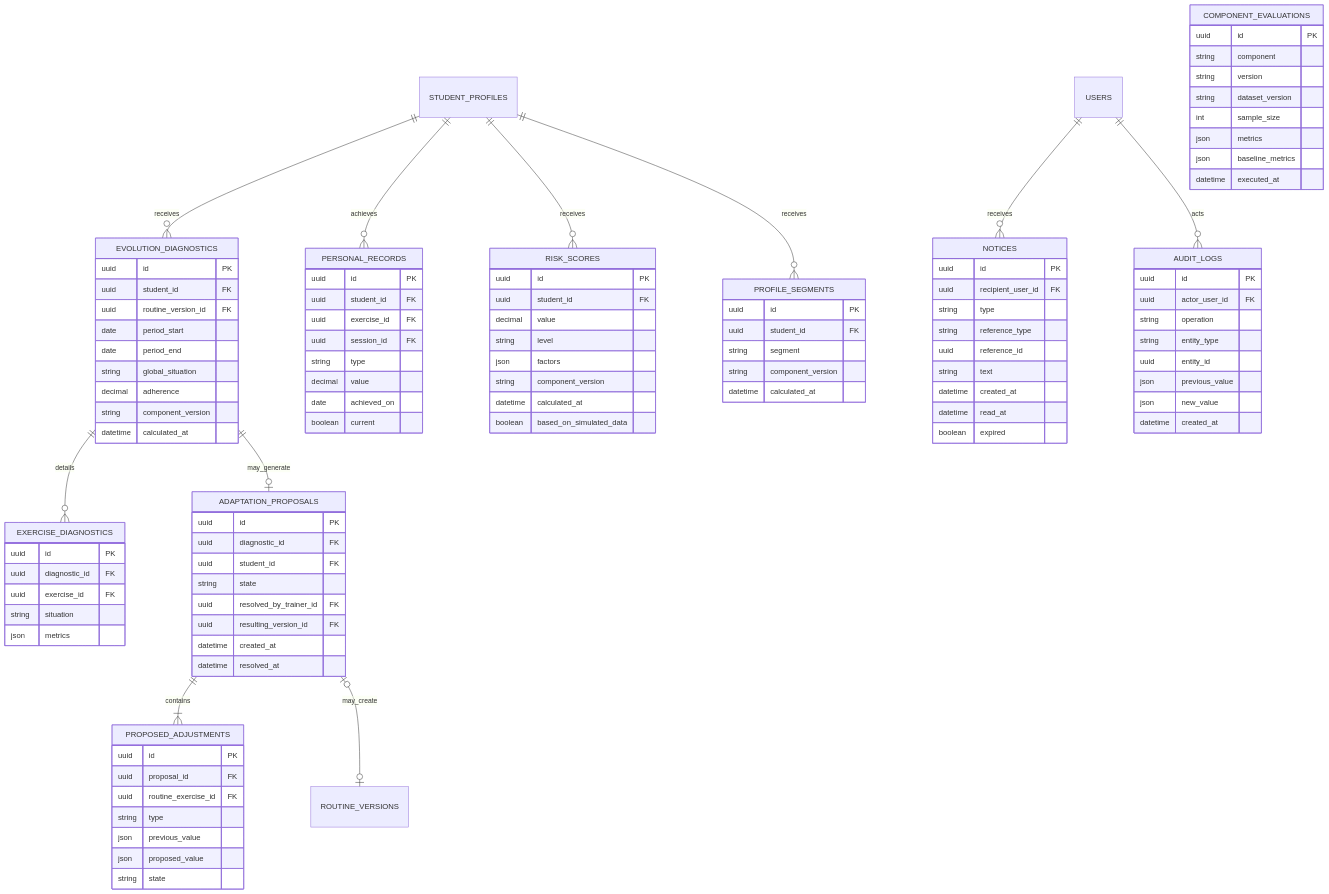
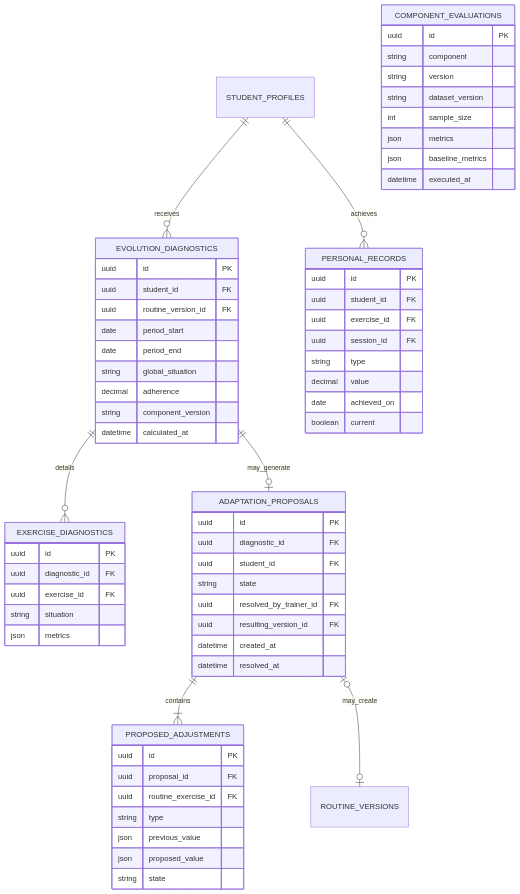
The ninth of 9 diagrams in architecture/database-relational-model.md (Maico-Zurbriggen/proyecto-gimnasio-documentacion), drawn with Mermaid before and after one commit. The commit also changed other lines of this file, not shown here.

Commit message:
Propuesta para estructura de la base de datos armada

````diff
--- a/architecture/database-relational-model.md
+++ b/architecture/database-relational-model.md
@@ -608,10 +659,6 @@
     ADAPTATION_PROPOSALS ||--|{ PROPOSED_ADJUSTMENTS : contains
     ADAPTATION_PROPOSALS o|--o| ROUTINE_VERSIONS : may_create
     STUDENT_PROFILES ||--o{ PERSONAL_RECORDS : achieves
-    STUDENT_PROFILES ||--o{ RISK_SCORES : receives
-    STUDENT_PROFILES ||--o{ PROFILE_SEGMENTS : receives
-    USERS ||--o{ NOTICES : receives
-    USERS ||--o{ AUDIT_LOGS : acts
 
     EVOLUTION_DIAGNOSTICS {
         uuid id PK
@@ -660,23 +707,6 @@
         date achieved_on
         boolean current
     }
-    RISK_SCORES {
-        uuid id PK
-        uuid student_id FK
-        decimal value
-        string level
-        json factors
-        string component_version
-        datetime calculated_at
-        boolean based_on_simulated_data
-    }
-    PROFILE_SEGMENTS {
-        uuid id PK
-        uuid student_id FK
-        string segment
-        string component_version
-        datetime calculated_at
-    }
     COMPONENT_EVALUATIONS {
         uuid id PK
         string component
@@ -687,25 +717,4 @@
         json baseline_metrics
         datetime executed_at
     }
-    NOTICES {
-        uuid id PK
-        uuid recipient_user_id FK
-        string type
-        string reference_type
-        uuid reference_id
-        string text
-        datetime created_at
-        datetime read_at
-        boolean expired
-    }
-    AUDIT_LOGS {
-        uuid id PK
-        uuid actor_user_id FK
-        string operation
-        string entity_type
-        uuid entity_id
-        json previous_value
-        json new_value
-        datetime created_at
-    }
 ```
````
